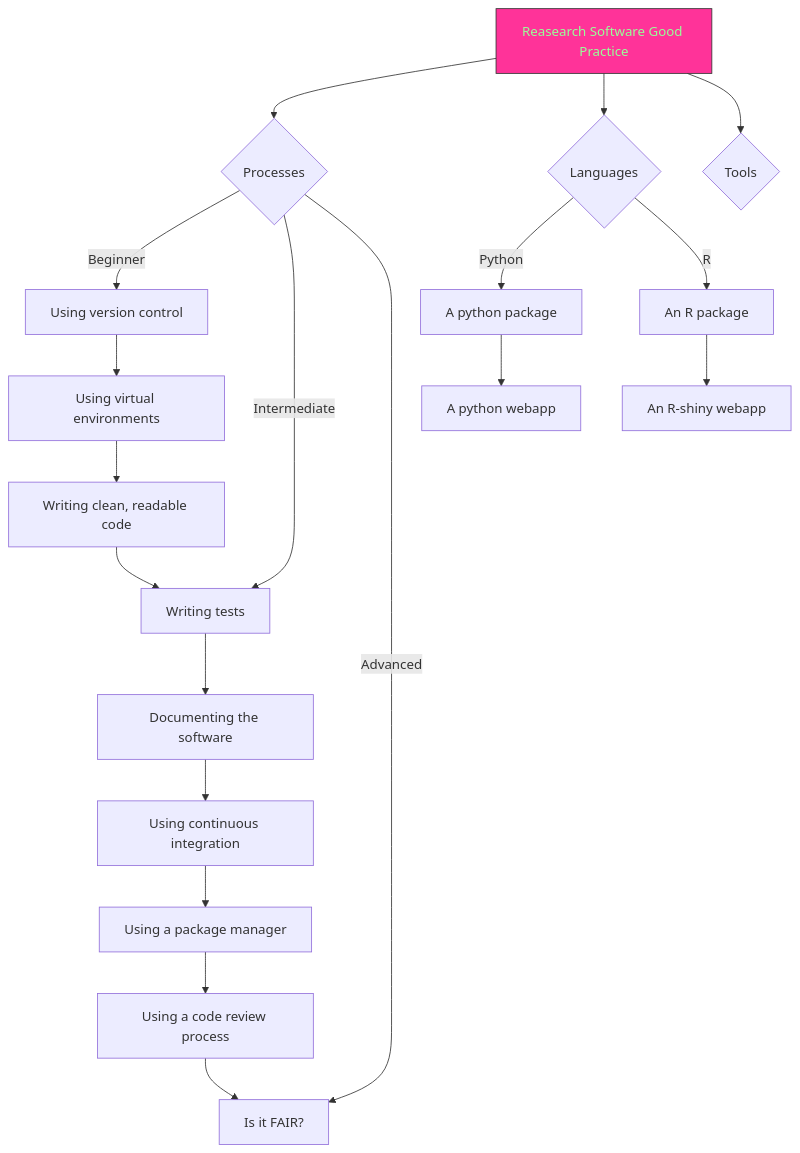
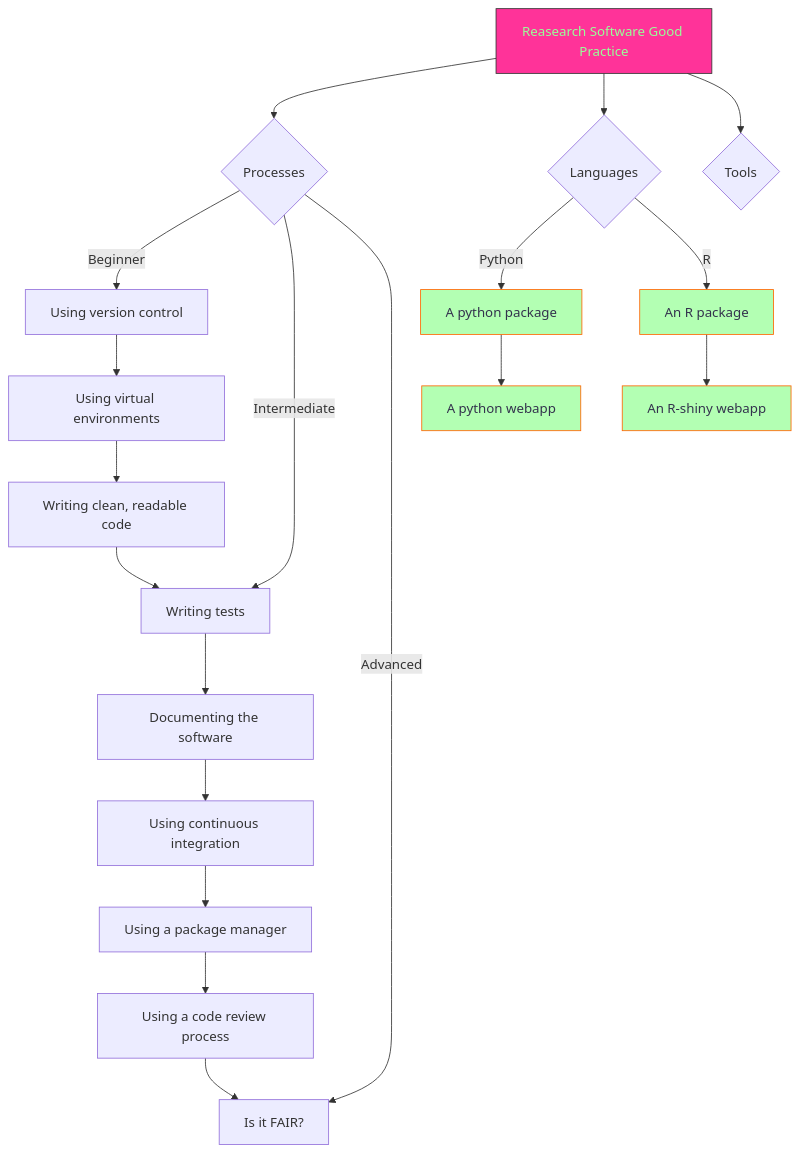
Before and after one commit to ICR-SC/good-practice: the second of 2 diagrams in docs/index.md, drawn with Mermaid. The commit also changed other lines of this file, not shown here.

````diff
--- a/docs/index.md
+++ b/docs/index.md
@@ -18,23 +18,27 @@
 ``` mermaid
 graph TD  
   A[Reasearch Software Good Practice] --> B{Processes};
   B -->|Beginner| C[Using version control];
   C --> D[Using virtual environments];
   D --> E[Writing clean, readable code];
   E --> F[Writing tests];
   B ---->|Intermediate| F;
   F --> G[Documenting the software];
   G --> H[Using continuous integration];
   H --> I[Using a package manager];
   I --> J[Using a code review process];
   J --> K[Is it FAIR?];
   B ---->|Advanced| K;
   A --> EB{Languages};
   EB --> |Python| PA[A python package];
   PA --> PB[A python webapp];
   EB --> |R| RA[An R package];
   RA --> RB[An R-shiny webapp];
   A --> TA{Tools};
   click K1 "https://www.github.com" "This is a tooltip for a link"
   style A fill:#ff3399,stroke:#333,stroke-width:1px,color:#99ff99
+  style PA fill:#b3ffb3,stroke:#ff6600,stroke-width:1px,color:#33334d
+  style PB fill:#b3ffb3,stroke:#ff6600,stroke-width:1px,color:#33334d
+  style RA fill:#b3ffb3,stroke:#ff6600,stroke-width:1px,color:#33334d
+  style RB fill:#b3ffb3,stroke:#ff6600,stroke-width:1px,color:#33334d
 ```
````
